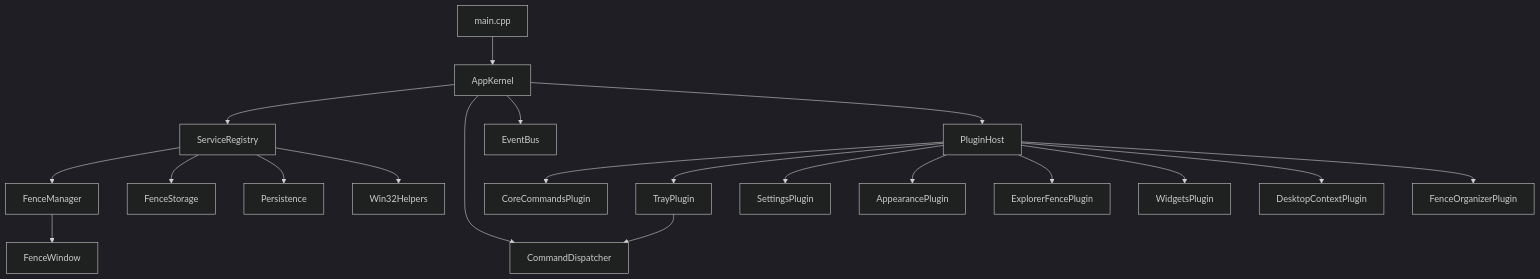
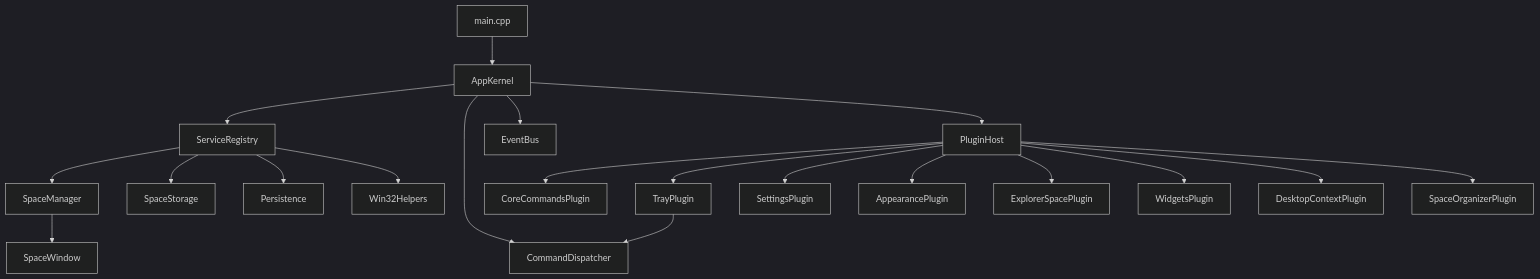
One commit to MrIvoe/Spaces changed the diagram in README.md. Above: the diagram before and after it, drawn with Mermaid (dark theme). The commit also changed other lines of this file and 1347 other files, not shown here.

````diff
--- a/README.md
+++ b/README.md
@@ -223,25 +229,25 @@
 ```mermaid
 flowchart TD
     A[main.cpp] --> B[AppKernel]
     B --> C[ServiceRegistry]
     B --> D[CommandDispatcher]
     B --> E[EventBus]
     B --> F[PluginHost]
 
-    C --> G[FenceManager]
-    C --> H[FenceStorage]
+    C --> G[SpaceManager]
+    C --> H[SpaceStorage]
     C --> I[Persistence]
     C --> J[Win32Helpers]
 
     F --> K[CoreCommandsPlugin]
     F --> L[TrayPlugin]
     F --> M[SettingsPlugin]
     F --> N[AppearancePlugin]
-    F --> O[ExplorerFencePlugin]
+    F --> O[ExplorerSpacePlugin]
     F --> P[WidgetsPlugin]
     F --> Q[DesktopContextPlugin]
-    F --> S[FenceOrganizerPlugin]
+    F --> S[SpaceOrganizerPlugin]
 
-    G --> R[FenceWindow]
+    G --> R[SpaceWindow]
     L --> D
 ```
````
